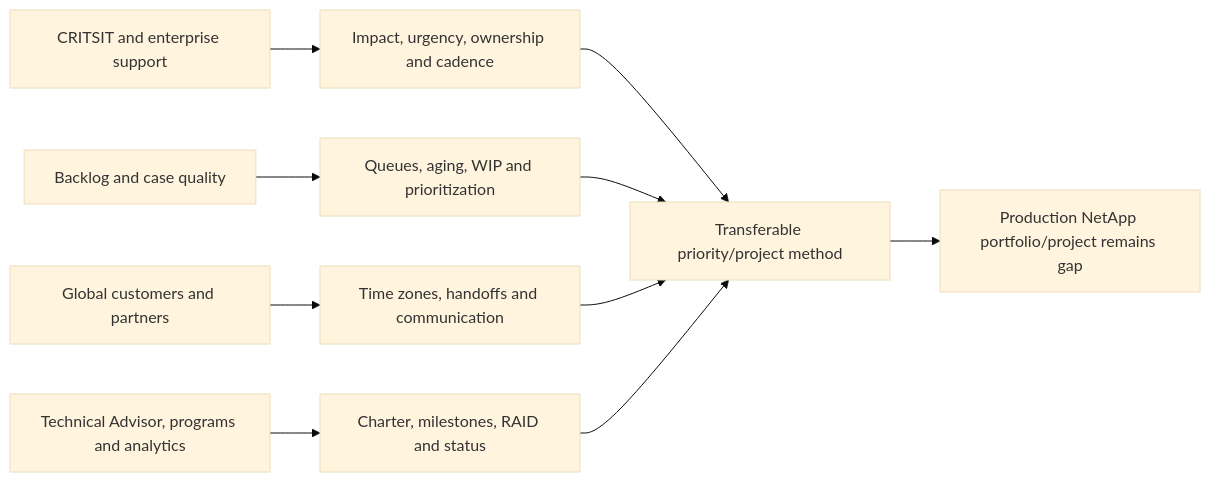
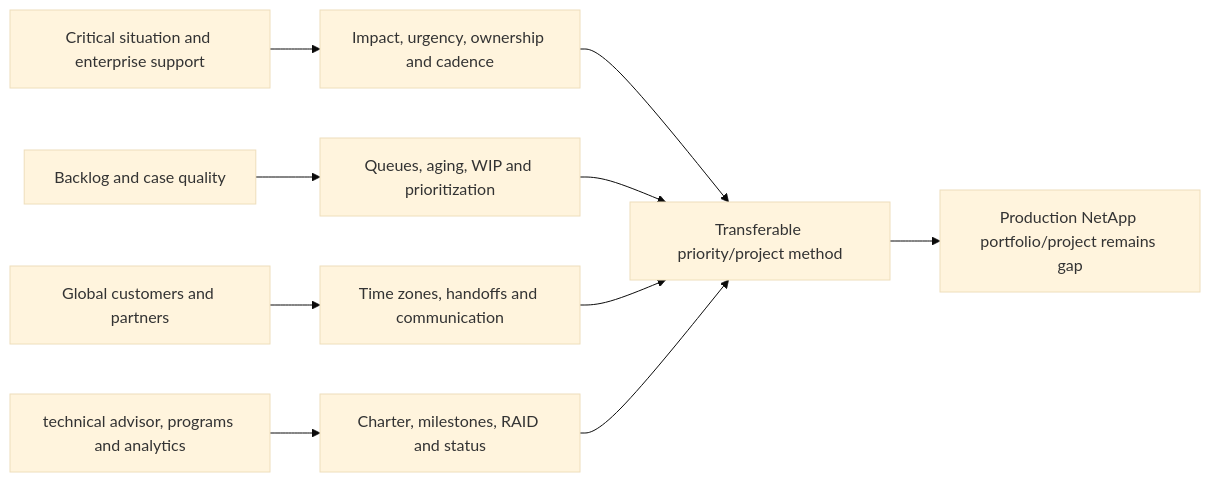
One commit to hichauhan-in/Interview-Prep changed diagram 25 of 26 in NetApp TAM/prep/Part-68-prioritization-time-zones-special-projects.md. Above: the diagram before and after it, drawn with Mermaid (base theme). The commit also changed other lines of this file and 493 other files, not shown here.

````diff
--- a/NetApp TAM/prep/Part-68-prioritization-time-zones-special-projects.md
+++ b/NetApp TAM/prep/Part-68-prioritization-time-zones-special-projects.md
@@ -789,12 +789,12 @@
 ```mermaid
 flowchart LR
-    CRIT[CRITSIT and enterprise support] --> TRIAGE[Impact, urgency, ownership and cadence]
+    CRIT[Critical situation and enterprise support] --> TRIAGE[Impact, urgency, ownership and cadence]
     BACK[Backlog and case quality] --> FLOW[Queues, aging, WIP and prioritization]
     GLOBAL[Global customers and partners] --> TZ[Time zones, handoffs and communication]
-    PROG[Technical Advisor, programs and analytics] --> PROJECT[Charter, milestones, RAID and status]
+    PROG[technical advisor, programs and analytics] --> PROJECT[Charter, milestones, RAID and status]
     TRIAGE --> METHOD[Transferable priority/project method]
     FLOW --> METHOD
     TZ --> METHOD
     PROJECT --> METHOD
     METHOD --> GAP[Production NetApp portfolio/project remains gap]
 ```
````
